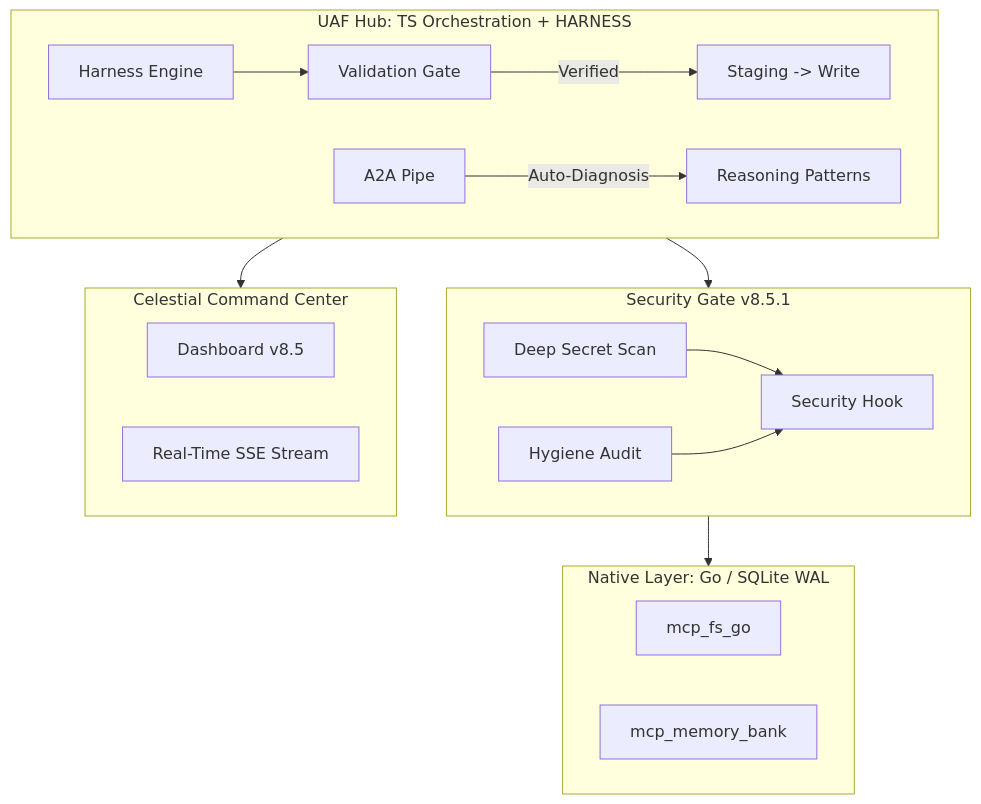
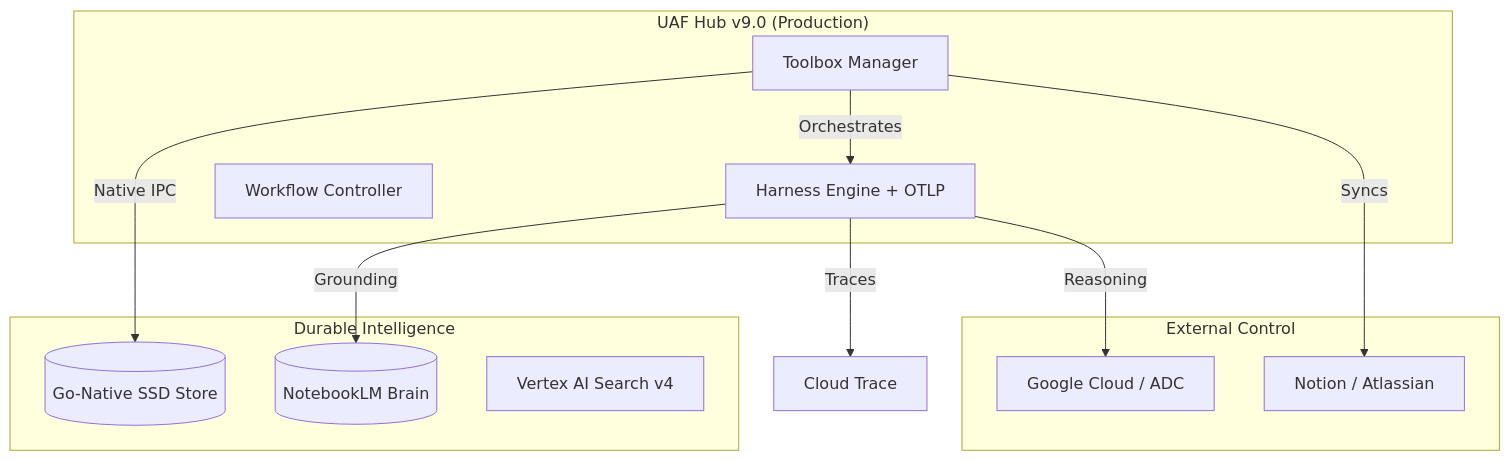
One commit to HeeyunCho/HeeyunCho changed the diagram in README.md. Above: the diagram before and after it, drawn with Mermaid. The commit also changed other lines of this file, not shown here.

Commit message:
feat: UAF v9.0 Project Titan - MAS Hardening, FSM, and OTLP Integration

````diff
--- a/README.md
+++ b/README.md
@@ -9,29 +15,26 @@
 ```mermaid
 graph TD
-    subgraph UAF [UAF Hub: TS Orchestration + HARNESS]
-        HE[Harness Engine] --> VG[Validation Gate]
-        VG --> |Verified| PW[Staging -> Write]
-        A2A[A2A Pipe] --> |Auto-Diagnosis| RP[Reasoning Patterns]
+    subgraph "UAF Hub v9.0 (Production)"
+        H[Harness Engine + OTLP]
+        W[Workflow Controller]
+        T[Toolbox Manager]
     end
 
-    subgraph Security [Security Gate v8.5.1]
-        DS[Deep Secret Scan]
-        HA[Hygiene Audit]
-        SG[Security Hook]
-        DS & HA --> SG
+    subgraph "Durable Intelligence"
+        DB[(Go-Native SSD Store)]
+        LM[(NotebookLM Brain)]
+        VX[Vertex AI Search v4]
     end
 
-    subgraph Native [Native Layer: Go / SQLite WAL]
-        FS[mcp_fs_go]
-        MB[mcp_memory_bank]
+    subgraph "External Control"
+        GC[Google Cloud / ADC]
+        NT[Notion / Atlassian]
     end
 
-    subgraph Observability [Celestial Command Center]
-        DB[Dashboard v8.5]
-        MS[Real-Time SSE Stream]
-    end
-
-    UAF --> Security
-    Security --> Native
-    UAF --> Observability
+    T -- Orchestrates --> H
+    H -- Traces --> Cloud[Cloud Trace]
+    T -- Native IPC --> DB
+    H -- Grounding --> LM
+    H -- Reasoning --> GC
+    T -- Syncs --> NT
 ```
````
